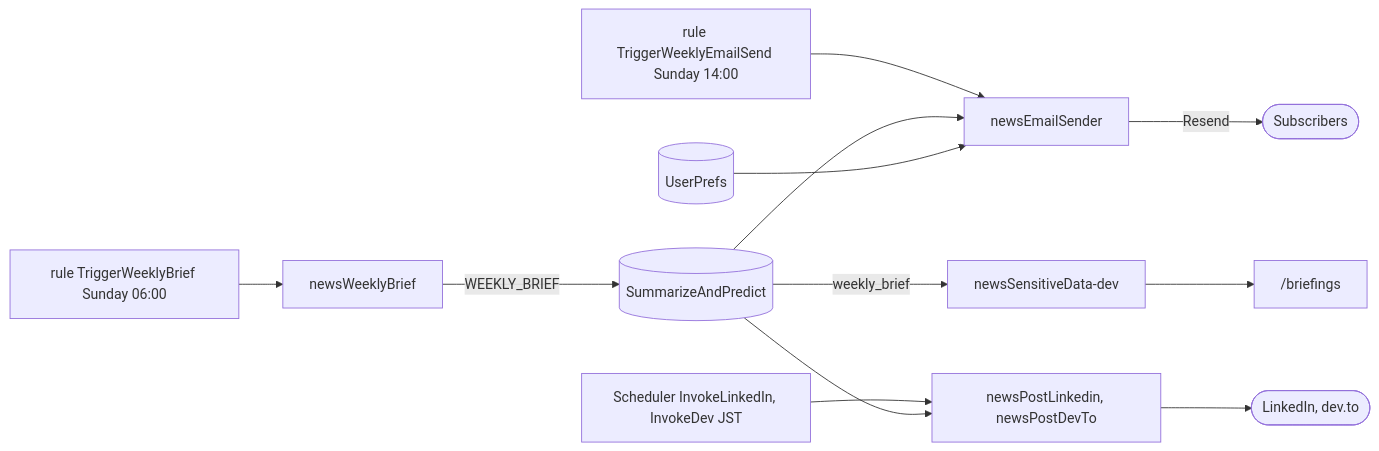
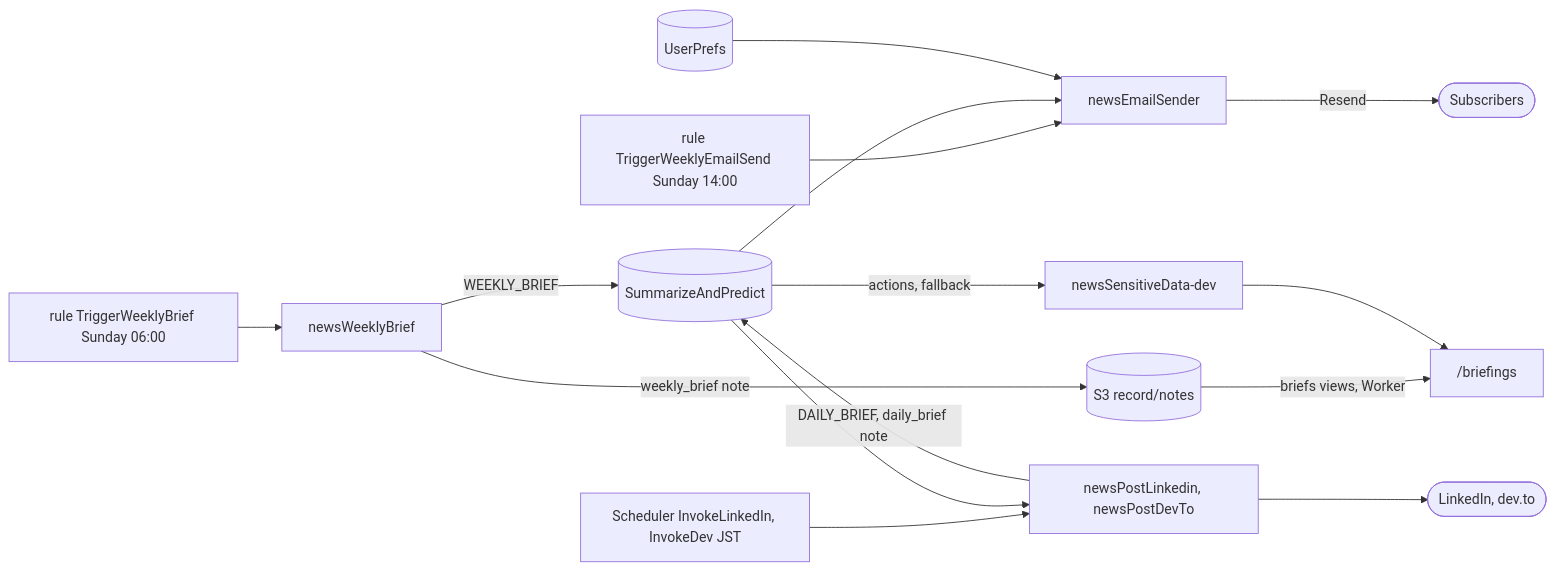
The seventh of 7 diagrams in project-docs/architecture/ARCHITECTURE.md (BenBen05059997/globalPerspective-v1), drawn with Mermaid before and after one commit. The commit also changed other lines of this file and 7 other files, not shown here.

First line of the commit message:
Architecture docs: record from 2026-03-07, all note subtypes and view readers, economy gone from AWS, step 5 scope, board checklist

````diff
--- a/project-docs/architecture/ARCHITECTURE.md
+++ b/project-docs/architecture/ARCHITECTURE.md
@@ -224,14 +227,17 @@
 ```mermaid
 flowchart LR
   w[rule TriggerWeeklyBrief Sunday 06:00] --> wb[newsWeeklyBrief]
   wb -->|WEEKLY_BRIEF| d[(SummarizeAndPredict)]
+  wb -->|weekly_brief note| rn[(S3 record/notes)]
   e[rule TriggerWeeklyEmailSend Sunday 14:00] --> es[newsEmailSender]
   d --> es
   u[(UserPrefs)] --> es
   es -->|Resend| sub([Subscribers])
-  d -->|weekly_brief| px[newsSensitiveData-dev]
-  px --> bp["/briefings"]
+  rn -->|briefs views, Worker| bp["/briefings"]
+  d -->|actions, fallback| px[newsSensitiveData-dev]
+  px --> bp
   l[Scheduler InvokeLinkedIn, InvokeDev JST] --> po[newsPostLinkedin, newsPostDevTo]
   d --> po
   po --> soc([LinkedIn, dev.to])
+  po -->|DAILY_BRIEF, daily_brief note| d
 ```
````
